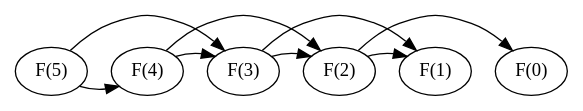
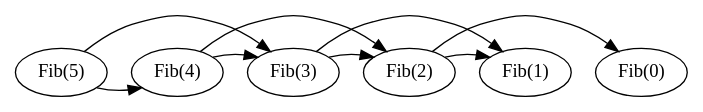
One commit to desicochrane/blogger changed the diagram in src/_artifacts/fibonacci-cached.dot. Above: the diagram before and after it, drawn with Graphviz. The commit also changed 29 other files, not shown here.

```diff
--- a/src/_artifacts/fibonacci-cached.dot
+++ b/src/_artifacts/fibonacci-cached.dot
@@ -1,16 +1,16 @@
 digraph {
- node [fontname="CMU Serif Roman"]
+ node [fontname="Fira Code"]
 
- "fib5" [label="F(5)"]
- "fib4" [label="F(4)"]
- "fib3" [label="F(3)"]
- "fib2" [label="F(2)"]
- "fib1" [label="F(1)"]
- "fib0" [label="F(0)"]
+ "fib5" [label="Fib(5)"]
+ "fib4" [label="Fib(4)"]
+ "fib3" [label="Fib(3)"]
+ "fib2" [label="Fib(2)"]
+ "fib1" [label="Fib(1)"]
+ "fib0" [label="Fib(0)"]
 
  "fib5" -> {"fib4", "fib3"}
  {rank=same fib5 -> fib4 -> fib3 -> fib2 -> fib1 -> fib0 [style=invis]}
  "fib4" -> {"fib3", "fib2"}
  "fib3" -> {"fib2", "fib1"}
  "fib2" -> {"fib1", "fib0"}
 }
```
